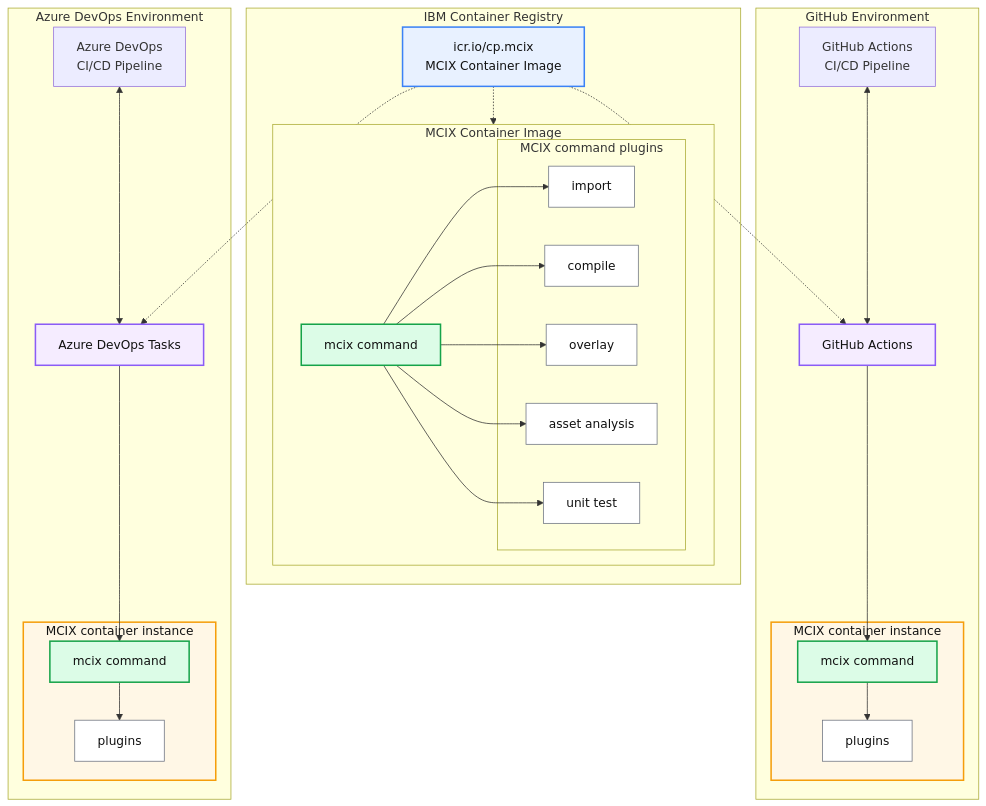
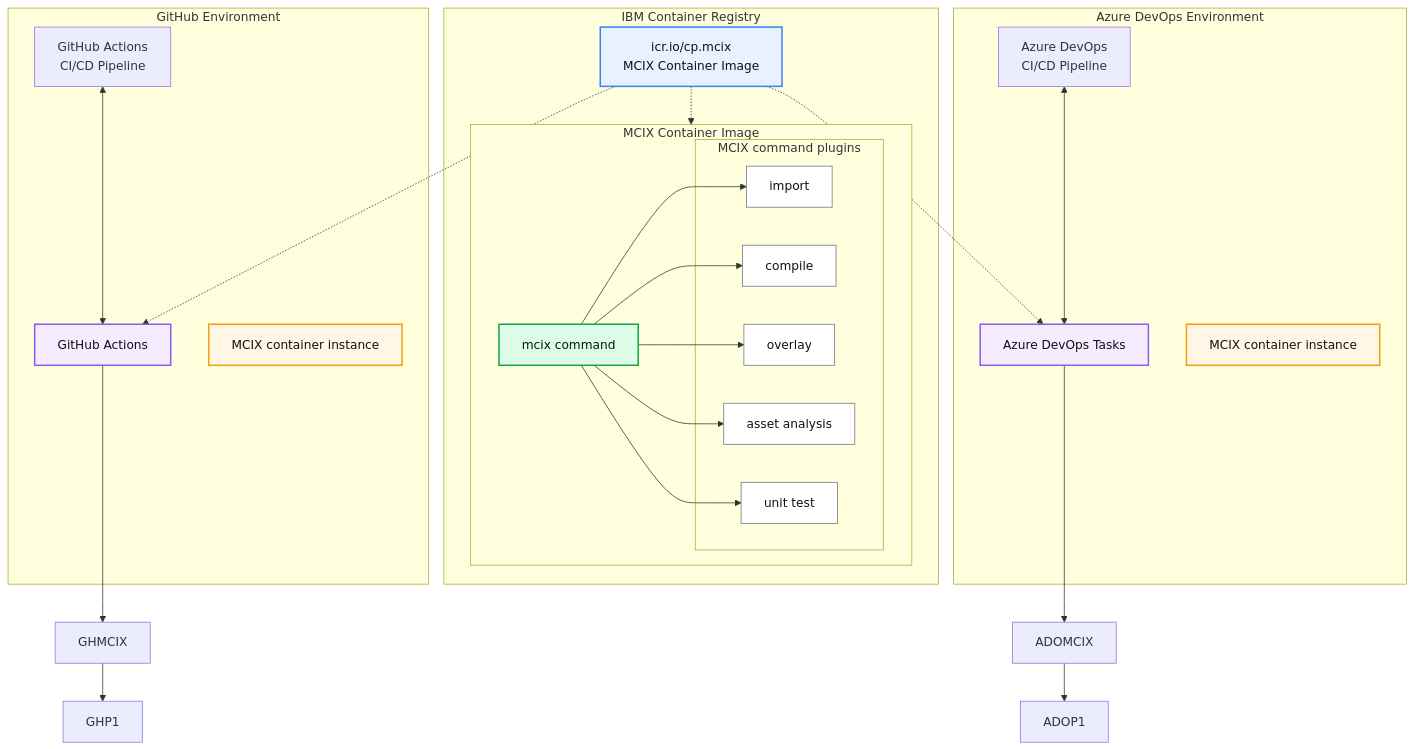
The diagram in ARCHITECTURE.md (MettleCI/mcix), drawn with Mermaid before and after one commit.

Commit message:
Refactor architecture diagram for clarity
Removed unnecessary subgraphs and classes for GitHub and Azure DevOps environments.

```diff
--- a/ARCHITECTURE.md
+++ b/ARCHITECTURE.md
@@ -16,17 +16,10 @@
   %% =========================
   subgraph GH["GitHub Environment"]
       GHA["GitHub Actions"]
-
       GHPIPE["GitHub Actions<br/>CI/CD Pipeline"]
-
-      subgraph GHCONT["MCIX container instance"]
-          GHMCIX["mcix command"]
-          GHP1["plugins"]
-      end
+      GHCONT["MCIX container instance"]
   end
   class GHA tooling
-  class GHMCIX command
-  class GHP1 plugin
   class GHCONT runtime
 
   %% =========================
@@ -66,17 +59,10 @@
   %% =========================
   subgraph ADO["Azure DevOps Environment"]
       ADOT["Azure DevOps Tasks"]
-
       ADOPIPE["Azure DevOps<br/>CI/CD Pipeline"]
-
-      subgraph ADOCONT["MCIX container instance"]
-          ADOMCIX["mcix command"]
-          ADOP1["plugins"]
-      end
+      ADOCONT["MCIX container instance"]
   end
   class ADOT tooling
-  class ADOMCIX command
-  class ADOP1,ADOP2,ADOP3,ADOP4 plugin
   class ADOCONT runtime
 
   %% =========================
```
